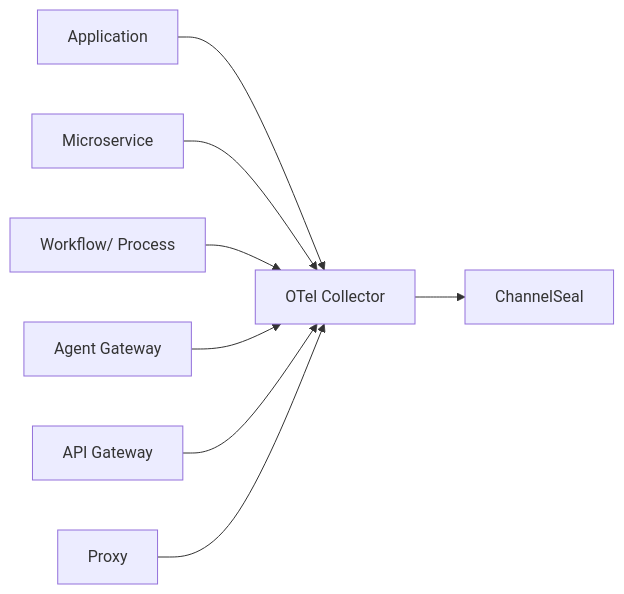
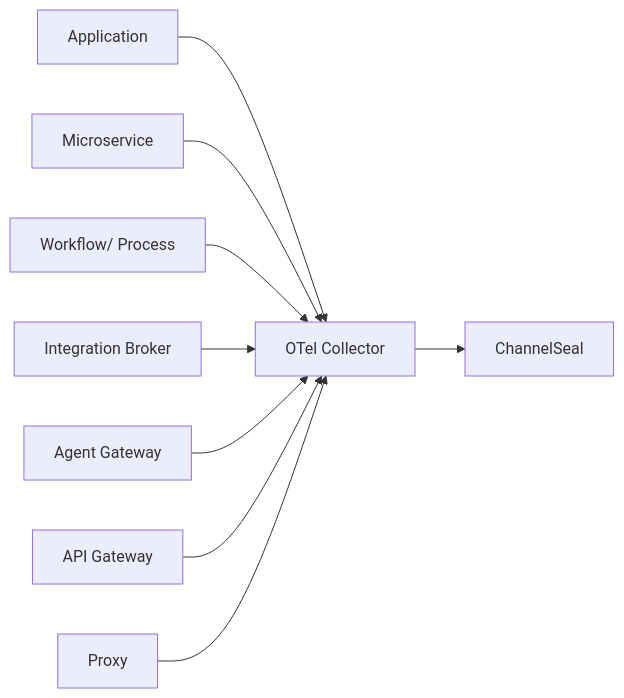
The second of 4 diagrams in otlp-collector/README.md (channelseal/integrations), drawn with Mermaid before and after one commit. The commit also changed other lines of this file and 2 other files, not shown here.

````diff
--- a/otlp-collector/README.md
+++ b/otlp-collector/README.md
@@ -10,9 +20,10 @@
 ```mermaid
 graph LR
     A[Application]-->C[OTel Collector] -->B[ChannelSeal]
     S[Microservice]-->C[OTel Collector]
     W[Workflow/ Process]-->C[OTel Collector]
+    I[Integration Broker]-->C[OTel Collector]
     AI[Agent Gateway]-->C[OTel Collector]
     API[API Gateway]-->C[OTel Collector]
     P[Proxy]-->C[OTel Collector]
 ```
````
